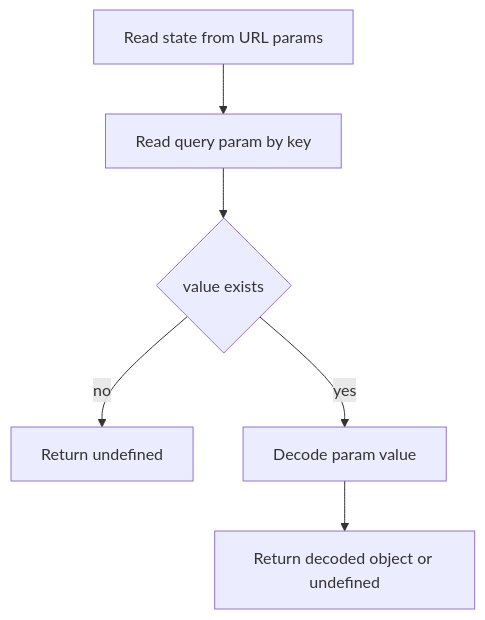
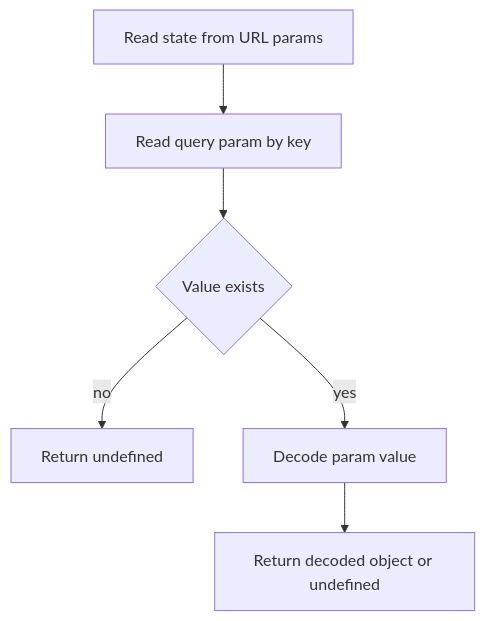
One commit to luciocabrera/lcabrera-stack changed the fourth of 10 diagrams in src/utils/urlState/ARCHITECTURE.md. Above: the diagram before and after it, drawn with Mermaid. The commit also changed other lines of this file and 2 other files, not shown here.

Commit message:
feat: Update architecture documentation for performance, storage, and URL state utilities

````diff
--- a/src/utils/urlState/ARCHITECTURE.md
+++ b/src/utils/urlState/ARCHITECTURE.md
@@ -81,8 +81,8 @@
 ```mermaid
 flowchart TD
   A[Read state from URL params] --> B[Read query param by key]
-  B --> C{value exists}
+  B --> C{Value exists}
   C -- no --> D[Return undefined]
   C -- yes --> E[Decode param value]
   E --> F[Return decoded object or undefined]
 ```
````
